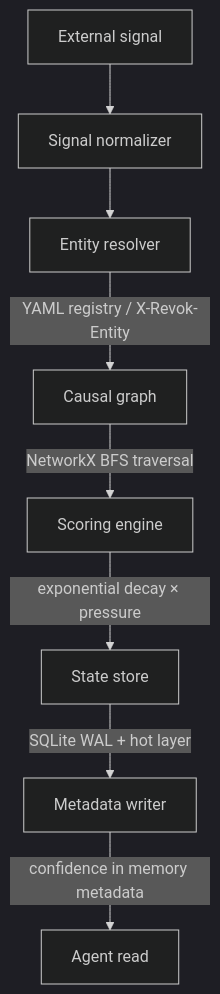
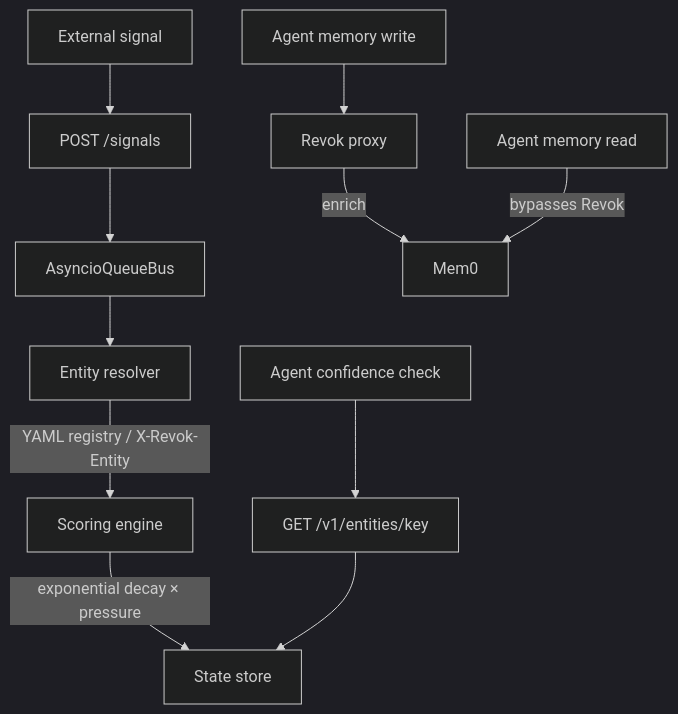
The diagram in README.md (revok-ai/revok), drawn with Mermaid (dark theme) before and after one commit. The commit also changed other lines of this file, not shown here.

````diff
--- a/README.md
+++ b/README.md
@@ -186,10 +269,16 @@
 ```mermaid
 flowchart TD
-    A[External signal] --> B[Signal normalizer]
-    B --> C[Entity resolver]
-    C -->|YAML registry / X-Revok-Entity| D[Causal graph]
-    D -->|NetworkX BFS traversal| E[Scoring engine]
+    A[External signal] --> B[POST /signals]
+    B --> C[AsyncioQueueBus]
+    C --> D[Entity resolver]
+    D -->|YAML registry / X-Revok-Entity| E[Scoring engine]
     E -->|exponential decay × pressure| F[State store]
-    F -->|SQLite WAL + hot layer| G[Metadata writer]
-    G -->|confidence in memory metadata| H[Agent read]
+
+    G[Agent memory write] --> H[Revok proxy]
+    H -->|enrich| I[Mem0]
+
+    J[Agent memory read] -->|bypasses Revok| I
+
+    K[Agent confidence check] --> L[GET /v1/entities/key]
+    L --> F
 ```
````
